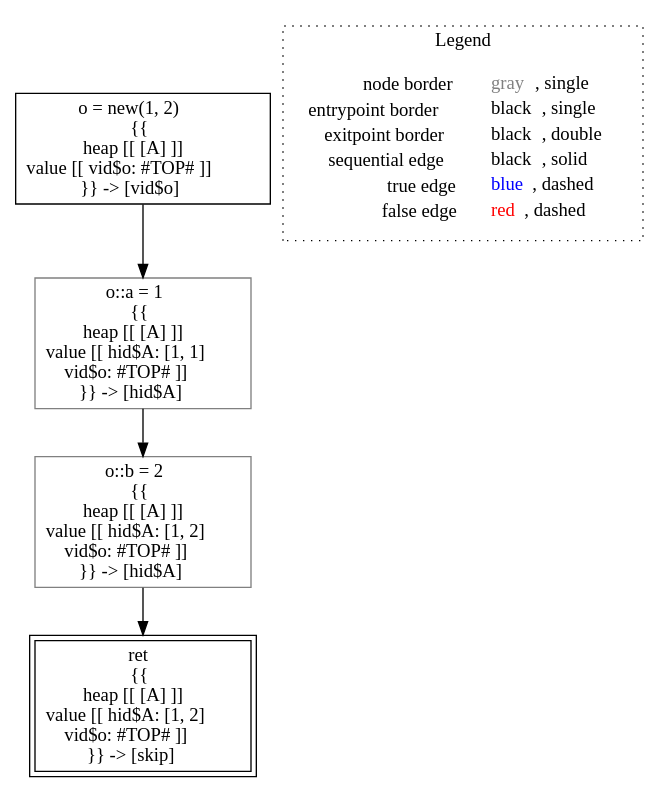
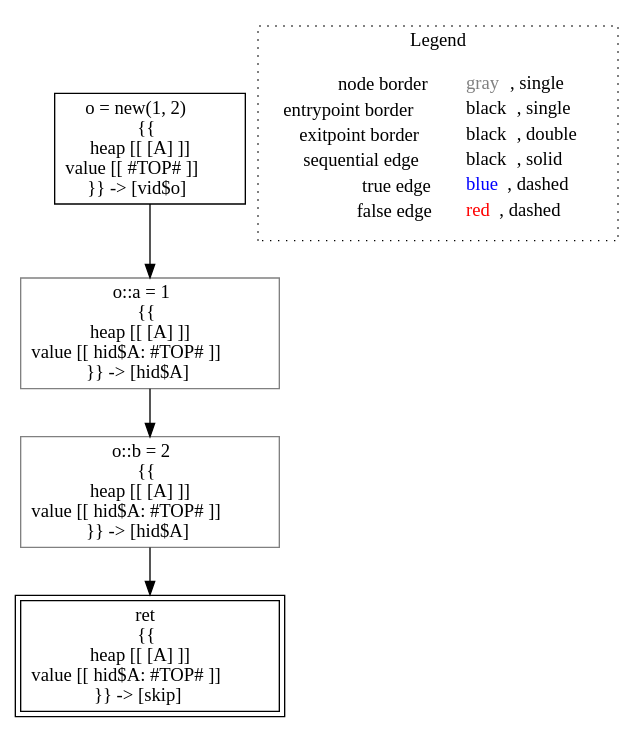
The diagram in lisa/imp-testcases/heap/type-based-heap/analysis___untyped_A.f1(A_this).dot (lisa-analyzer/lisa), drawn with Graphviz before and after one commit. The commit also changed 2 other files, not shown here.

```diff
--- a/lisa/imp-testcases/heap/type-based-heap/analysis___untyped_A.f1(A_this).dot
+++ b/lisa/imp-testcases/heap/type-based-heap/analysis___untyped_A.f1(A_this).dot
@@ -1,16 +1,16 @@
 digraph {
-	"node0" [shape="rect",color="black",label=<o = new(1, 2)<BR/>{{<BR/>heap [[ [A] ]]<BR/>value [[ vid$o: #TOP# ]]<BR/>}} -&gt; [vid$o]>];
-	"node1" [shape="rect",color="gray",label=<o::a = 1<BR/>{{<BR/>heap [[ [A] ]]<BR/>value [[ hid$A: [1, 1]<BR/>vid$o: #TOP# ]]<BR/>}} -&gt; [hid$A]>];
-	"node2" [shape="rect",color="black",peripheries="2",label=<ret<BR/>{{<BR/>heap [[ [A] ]]<BR/>value [[ hid$A: [1, 2]<BR/>vid$o: #TOP# ]]<BR/>}} -&gt; [skip]>];
-	"node3" [shape="rect",color="gray",label=<o::b = 2<BR/>{{<BR/>heap [[ [A] ]]<BR/>value [[ hid$A: [1, 2]<BR/>vid$o: #TOP# ]]<BR/>}} -&gt; [hid$A]>];
-	"node1" -> "node3" [color="black"];
+	"node0" [shape="rect",color="black",label=<o = new(1, 2)<BR/>{{<BR/>heap [[ [A] ]]<BR/>value [[ #TOP# ]]<BR/>}} -&gt; [vid$o]>];
+	"node1" [shape="rect",color="black",peripheries="2",label=<ret<BR/>{{<BR/>heap [[ [A] ]]<BR/>value [[ hid$A: #TOP# ]]<BR/>}} -&gt; [skip]>];
+	"node2" [shape="rect",color="gray",label=<o::b = 2<BR/>{{<BR/>heap [[ [A] ]]<BR/>value [[ hid$A: #TOP# ]]<BR/>}} -&gt; [hid$A]>];
+	"node3" [shape="rect",color="gray",label=<o::a = 1<BR/>{{<BR/>heap [[ [A] ]]<BR/>value [[ hid$A: #TOP# ]]<BR/>}} -&gt; [hid$A]>];
+	"node0" -> "node3" [color="black"];
+	"node2" -> "node1" [color="black"];
 	"node3" -> "node2" [color="black"];
-	"node0" -> "node1" [color="black"];
 subgraph cluster_legend {
 	label="Legend";
 	style=dotted;
 	node [shape=plaintext];
 	"legend" [label=<<table border="0" cellpadding="2" cellspacing="0" cellborder="0"><tr><td align="right">node border&nbsp;</td><td align="left"><font color="gray">gray</font>, single</td></tr><tr><td align="right">entrypoint border&nbsp;</td><td align="left"><font color="black">black</font>, single</td></tr><tr><td align="right">exitpoint border&nbsp;</td><td align="left"><font color="black">black</font>, double</td></tr><tr><td align="right">sequential edge&nbsp;</td><td align="left"><font color="black">black</font>, solid</td></tr><tr><td align="right">true edge&nbsp;</td><td align="left"><font color="blue">blue</font>, dashed</td></tr><tr><td align="right">false edge&nbsp;</td><td align="left"><font color="red">red</font>, dashed</td></tr></table>>];
 }
 
 }
```
